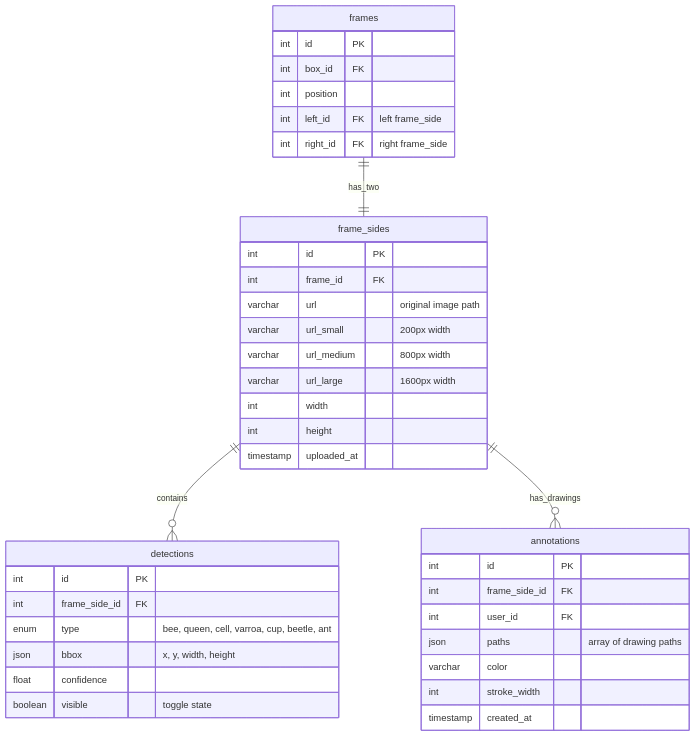
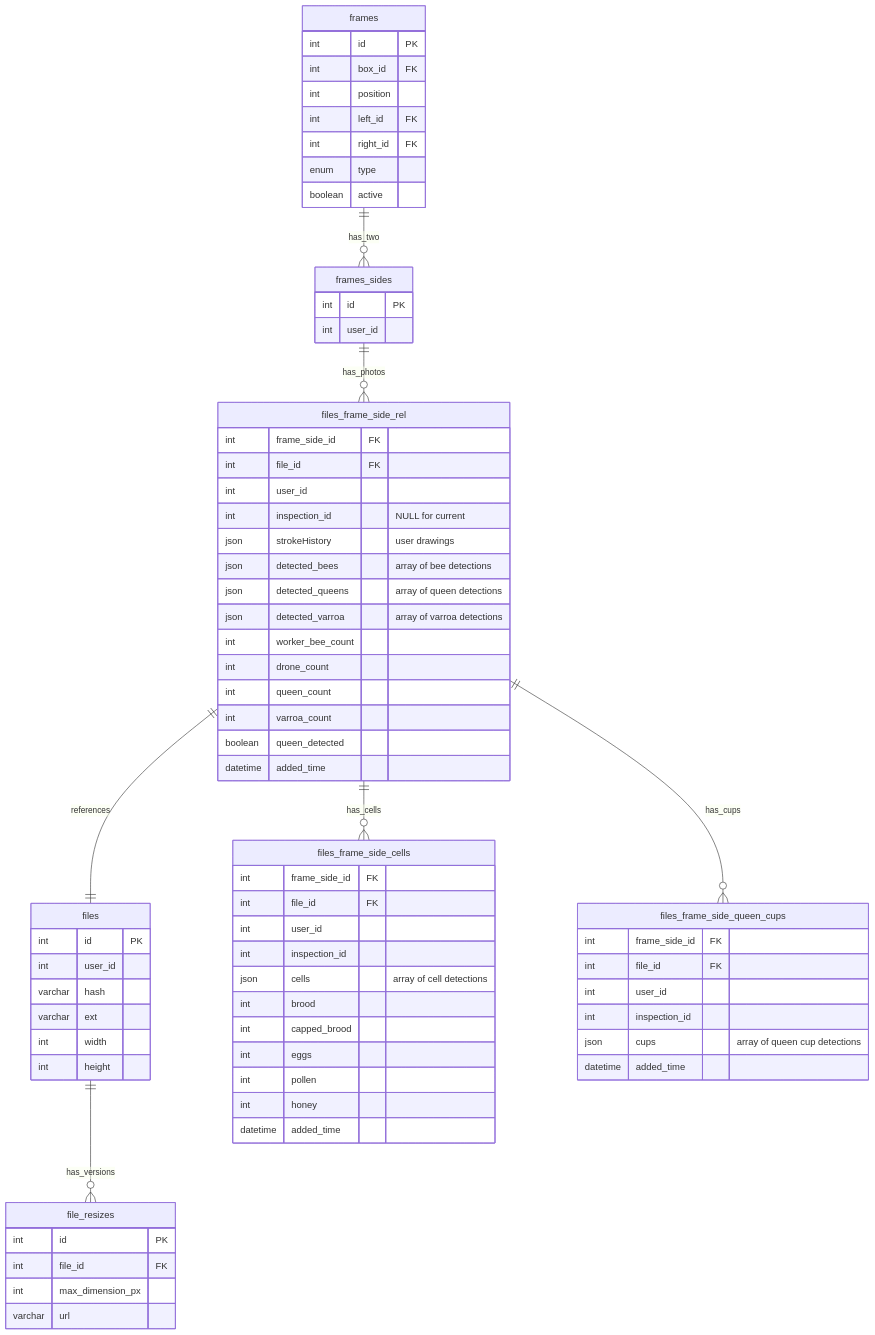
Before and after one commit to Gratheon/website: the first of 2 diagrams in docs/web-app/features/frame-side-management.md, drawn with Mermaid. The commit also changed other lines of this file and 2 other files, not shown here.

````diff
--- a/docs/web-app/features/frame-side-management.md
+++ b/docs/web-app/features/frame-side-management.md
@@ -28,45 +26,80 @@
 ```mermaid
 erDiagram
-    frames ||--|| frame_sides : "has_two"
-    frame_sides ||--o{ detections : "contains"
-    frame_sides ||--o{ annotations : "has_drawings"
+    frames ||--o{ frames_sides : "has_two"
+    frames_sides ||--o{ files_frame_side_rel : "has_photos"
+    files_frame_side_rel ||--|| files : "references"
+    files ||--o{ file_resizes : "has_versions"
+    files_frame_side_rel ||--o{ files_frame_side_cells : "has_cells"
+    files_frame_side_rel ||--o{ files_frame_side_queen_cups : "has_cups"
     
     frames {
         int id PK
         int box_id FK
         int position
-        int left_id FK "left frame_side"
-        int right_id FK "right frame_side"
+        int left_id FK
+        int right_id FK
+        enum type
+        boolean active
     }
     
-    frame_sides {
+    frames_sides {
         int id PK
-        int frame_id FK
-        varchar url "original image path"
-        varchar url_small "200px width"
-        varchar url_medium "800px width"
-        varchar url_large "1600px width"
+        int user_id
+    }
+    
+    files {
+        int id PK
+        int user_id
+        varchar hash
+        varchar ext
         int width
         int height
-        timestamp uploaded_at
     }
     
-    detections {
+    file_resizes {
         int id PK
-        int frame_side_id FK
-        enum type "bee, queen, cell, varroa, cup, beetle, ant"
-        json bbox "x, y, width, height"
-        float confidence
-        boolean visible "toggle state"
+        int file_id FK
+        int max_dimension_px
+        varchar url
     }
     
-    annotations {
-        int id PK
+    files_frame_side_rel {
         int frame_side_id FK
-        int user_id FK
-        json paths "array of drawing paths"
-        varchar color
-        int stroke_width
-        timestamp created_at
+        int file_id FK
+        int user_id
+        int inspection_id "NULL for current"
+        json strokeHistory "user drawings"
+        json detected_bees "array of bee detections"
+        json detected_queens "array of queen detections"
+        json detected_varroa "array of varroa detections"
+        int worker_bee_count
+        int drone_count
+        int queen_count
+        int varroa_count
+        boolean queen_detected
+        datetime added_time
+    }
+    
+    files_frame_side_cells {
+        int frame_side_id FK
+        int file_id FK
+        int user_id
+        int inspection_id
+        json cells "array of cell detections"
+        int brood
+        int capped_brood
+        int eggs
+        int pollen
+        int honey
+        datetime added_time
+    }
+    
+    files_frame_side_queen_cups {
+        int frame_side_id FK
+        int file_id FK
+        int user_id
+        int inspection_id
+        json cups "array of queen cup detections"
+        datetime added_time
     }
 ```
````
